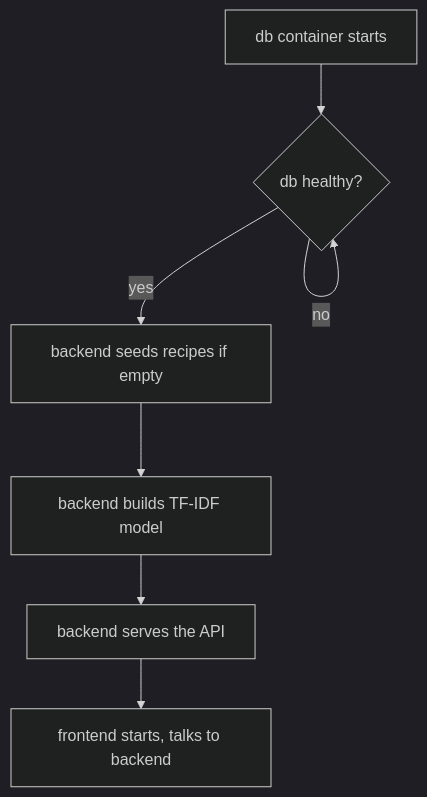
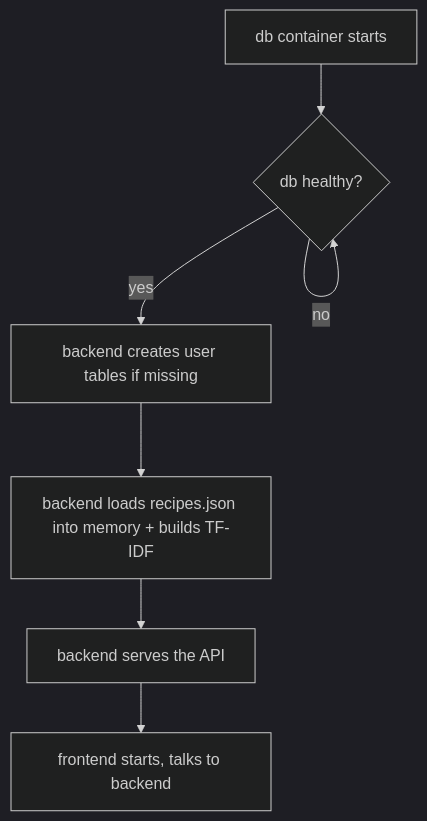
Before and after one commit to Tejas1305/13_Tejas.D-diet-recommender: the third of 3 diagrams in docs/system_architechture.md, drawn with Mermaid (dark theme). The commit also changed other lines of this file and 10 other files, not shown here.

````diff
--- a/docs/system_architechture.md
+++ b/docs/system_architechture.md
@@ -60,9 +57,9 @@
 ```mermaid
 graph TD
     A[db container starts] --> B{db healthy?}
     B -- no --> B
-    B -- yes --> C[backend seeds recipes if empty]
-    C --> D[backend builds TF-IDF model]
+    B -- yes --> C[backend creates user tables if missing]
+    C --> D[backend loads recipes.json into memory + builds TF-IDF]
     D --> E[backend serves the API]
     E --> G[frontend starts, talks to backend]
 ```
````
